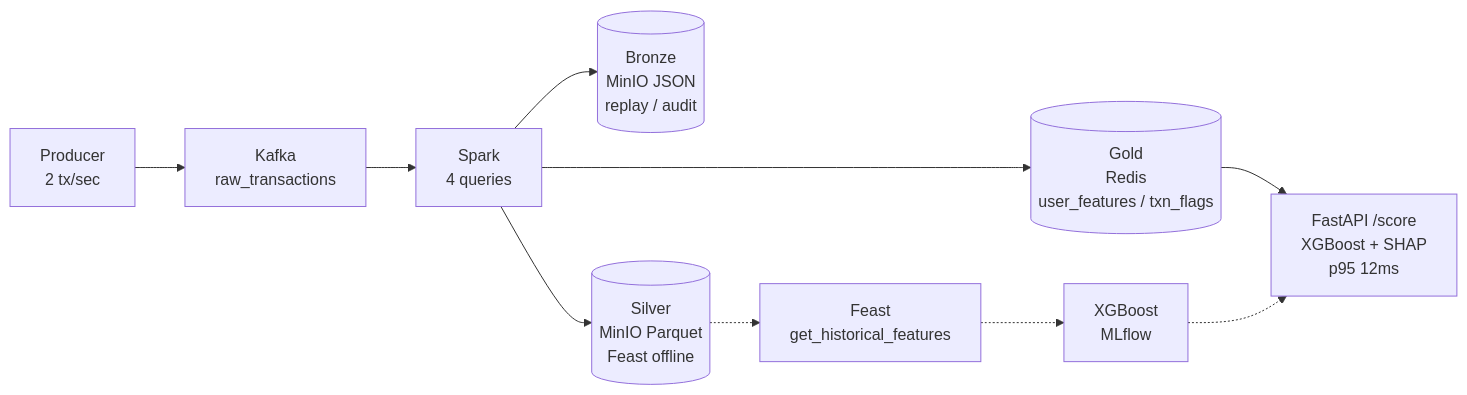
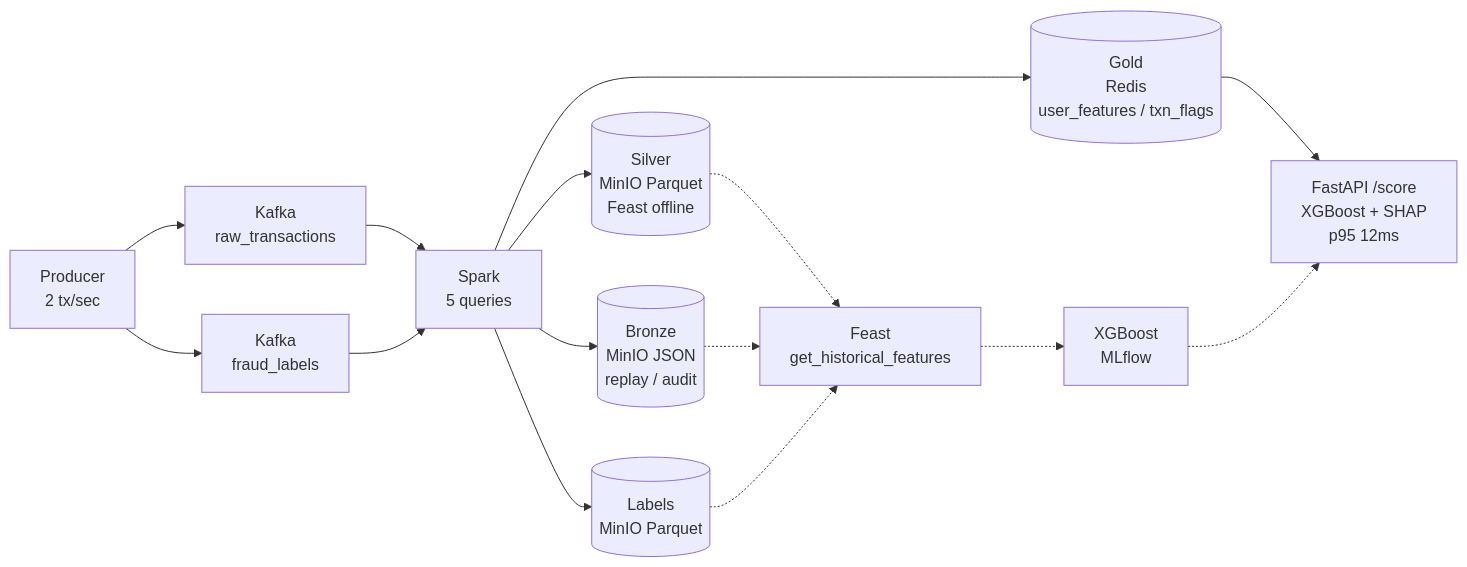
One commit to sameeksham09/fraud-feature-store changed the diagram in README.md. Above: the diagram before and after it, drawn with Mermaid. The commit also changed other lines of this file and 4 other files, not shown here.

````diff
--- a/README.md
+++ b/README.md
@@ -29,12 +29,16 @@
 ```mermaid
 graph LR
     P[Producer<br/>2 tx/sec] --> K[Kafka<br/>raw_transactions]
-    K --> S[Spark<br/>4 queries]
+    K --> S[Spark<br/>5 queries]
+    P --> KL[Kafka<br/>fraud_labels] --> S
     S --> B[(Bronze<br/>MinIO JSON<br/>replay / audit)]
+    S --> L[(Labels<br/>MinIO Parquet)]
     S --> SV[(Silver<br/>MinIO Parquet<br/>Feast offline)]
     S --> G[(Gold<br/>Redis<br/>user_features / txn_flags)]
     G --> API[FastAPI /score<br/>XGBoost + SHAP<br/>p95 12ms]
     SV -.-> F[Feast<br/>get_historical_features]
+    B -.-> F
+    L -.-> F
     F -.-> T[XGBoost<br/>MLflow]
     T -.-> API
 ```
````
